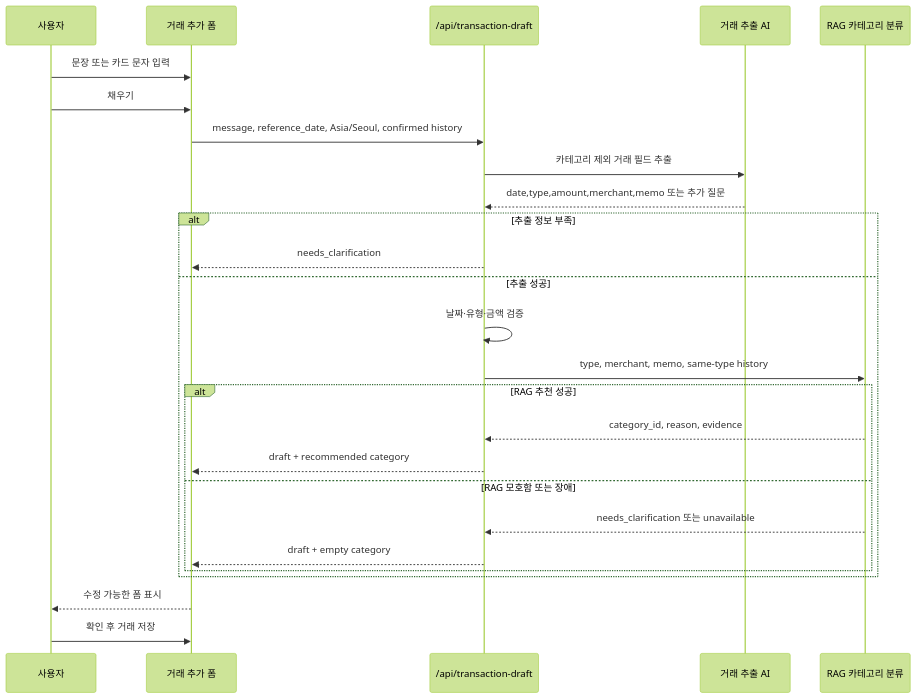
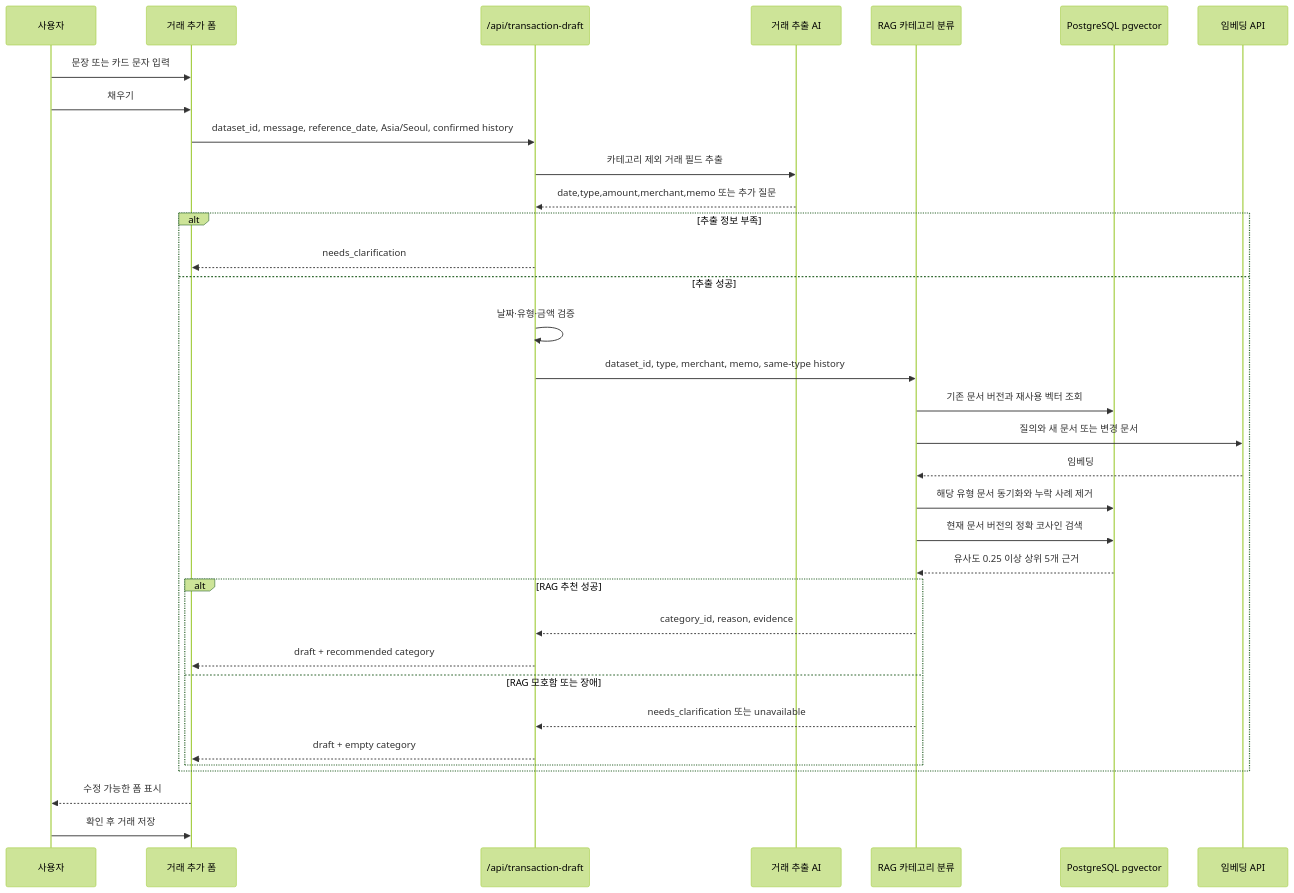
One commit to hyeon81/account_book changed the diagram in docs/ai/transaction-draft.md. Above: the diagram before and after it, drawn with Mermaid (forest theme). The commit also changed other lines of this file and 44 other files, not shown here.

Commit message:
Persist category RAG embeddings with PostgreSQL and pgvector

````diff
--- a/docs/ai/transaction-draft.md
+++ b/docs/ai/transaction-draft.md
@@ -13,29 +13,37 @@
 ```mermaid
 sequenceDiagram
     participant U as 사용자
     participant UI as 거래 추가 폼
     participant API as /api/transaction-draft
     participant EX as 거래 추출 AI
     participant RAG as RAG 카테고리 분류
+    participant DB as PostgreSQL pgvector
+    participant EMB as 임베딩 API
 
     U->>UI: 문장 또는 카드 문자 입력
     U->>UI: 채우기
-    UI->>API: message, reference_date, Asia/Seoul, confirmed history
+    UI->>API: dataset_id, message, reference_date, Asia/Seoul, confirmed history
     API->>EX: 카테고리 제외 거래 필드 추출
     EX-->>API: date,type,amount,merchant,memo 또는 추가 질문
     alt 추출 정보 부족
         API-->>UI: needs_clarification
     else 추출 성공
         API->>API: 날짜·유형·금액 검증
-        API->>RAG: type, merchant, memo, same-type history
+        API->>RAG: dataset_id, type, merchant, memo, same-type history
+        RAG->>DB: 기존 문서 버전과 재사용 벡터 조회
+        RAG->>EMB: 질의와 새 문서 또는 변경 문서
+        EMB-->>RAG: 임베딩
+        RAG->>DB: 해당 유형 문서 동기화와 누락 사례 제거
+        RAG->>DB: 현재 문서 버전의 정확 코사인 검색
+        DB-->>RAG: 유사도 0.25 이상 상위 5개 근거
         alt RAG 추천 성공
             RAG-->>API: category_id, reason, evidence
             API-->>UI: draft + recommended category
         else RAG 모호함 또는 장애
             RAG-->>API: needs_clarification 또는 unavailable
             API-->>UI: draft + empty category
         end
     end
     UI-->>U: 수정 가능한 폼 표시
     U->>UI: 확인 후 거래 저장
 ```
````
